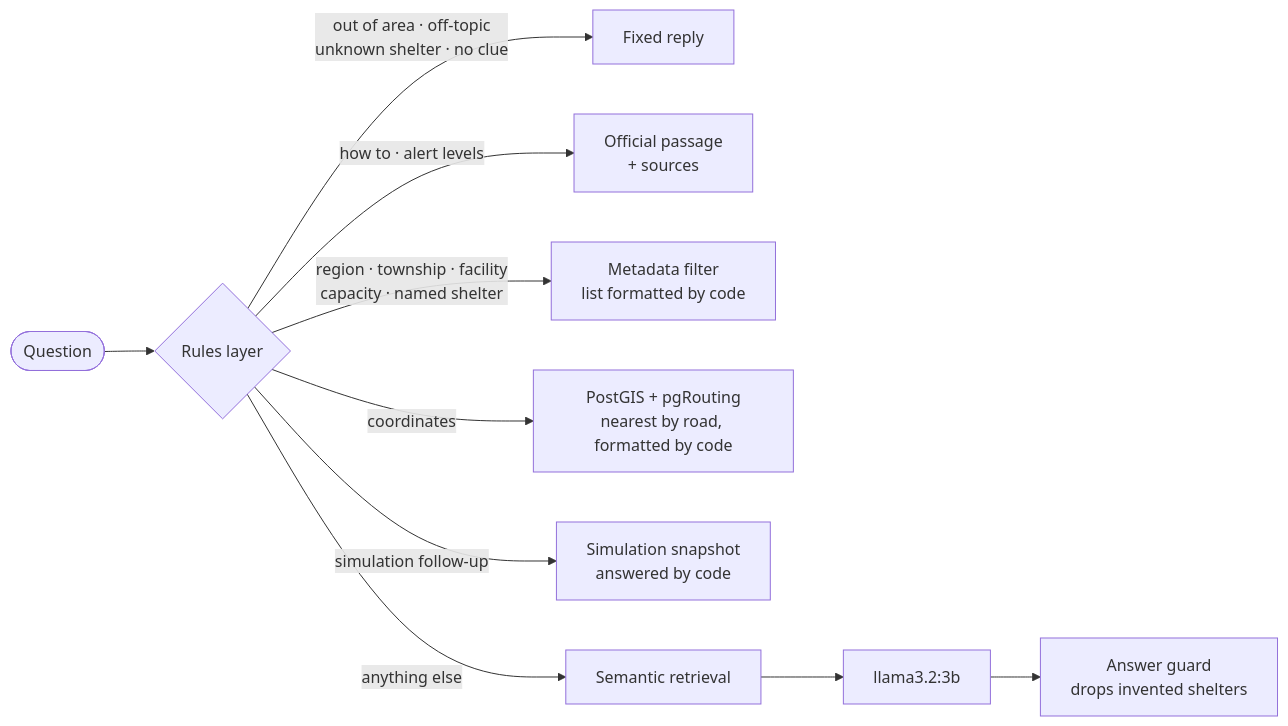
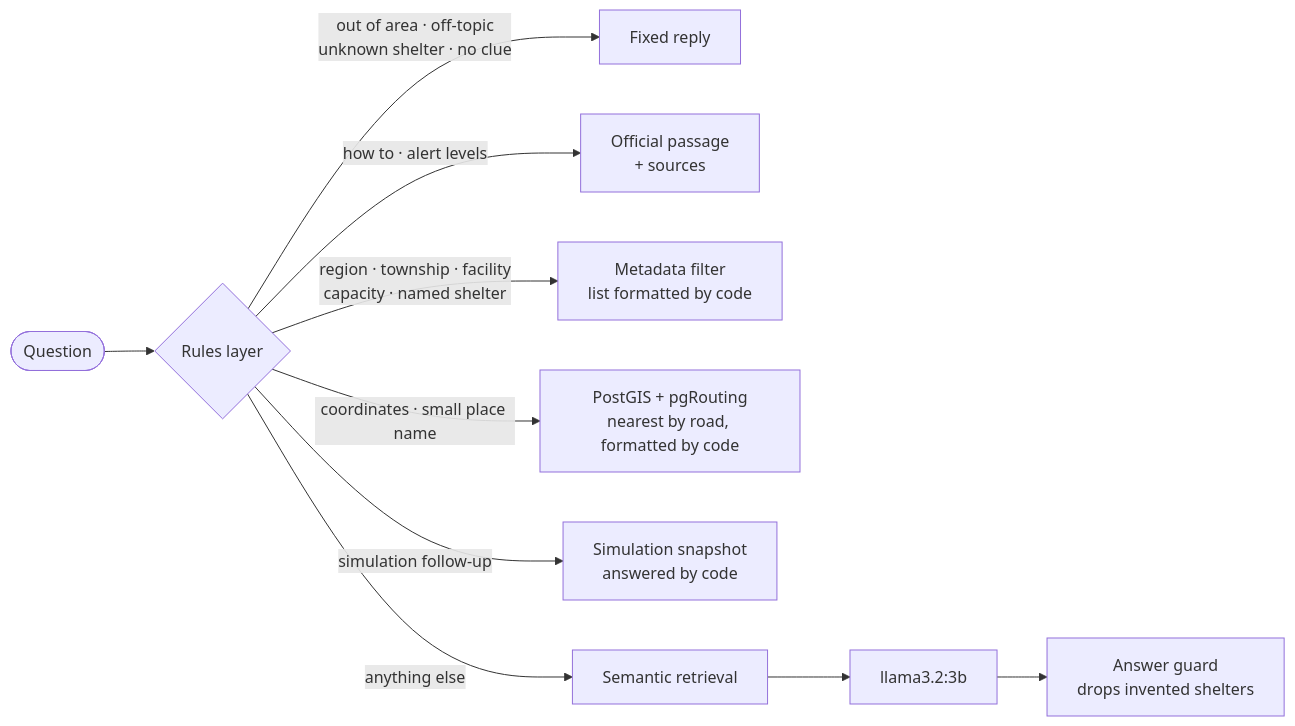
The first of 2 diagrams in README.md (sleepomen/DisasterHub), drawn with Mermaid before and after one commit. The commit also changed other lines of this file and 8 other files, not shown here.

Commit message:
document small place names and their evaluation

````diff
--- a/README.md
+++ b/README.md
@@ -58,12 +59,12 @@
 ```mermaid
 flowchart LR
     Q([Question]) --> R{Rules layer}
     R -- "out of area · off-topic<br/>unknown shelter · no clue" --> F[Fixed reply]
     R -- "how to · alert levels" --> K[Official passage<br/>+ sources]
     R -- "region · township · facility<br/>capacity · named shelter" --> D[Metadata filter<br/>list formatted by code]
-    R -- "coordinates" --> N[PostGIS + pgRouting<br/>nearest by road, formatted by code]
+    R -- "coordinates · small place name" --> N[PostGIS + pgRouting<br/>nearest by road, formatted by code]
     R -- "simulation follow-up" --> S[Simulation snapshot<br/>answered by code]
     R -- "anything else" --> V[Semantic retrieval]
     V --> L[llama3.2:3b]
     L --> G[Answer guard<br/>drops invented shelters]
 ```
````
